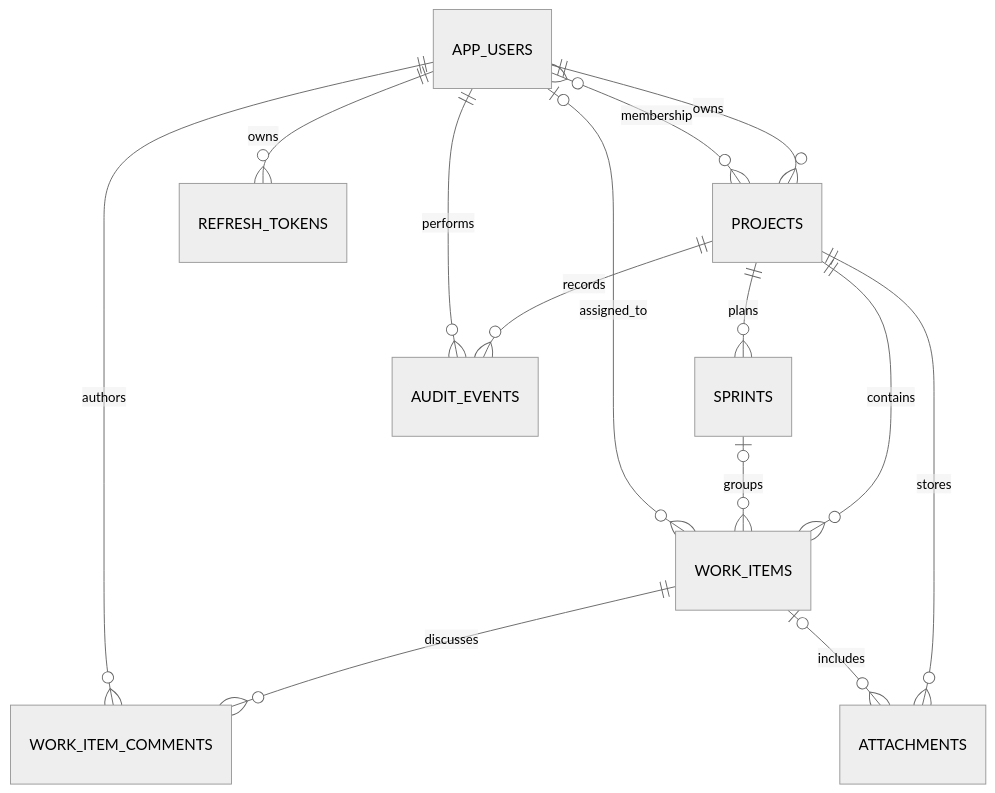
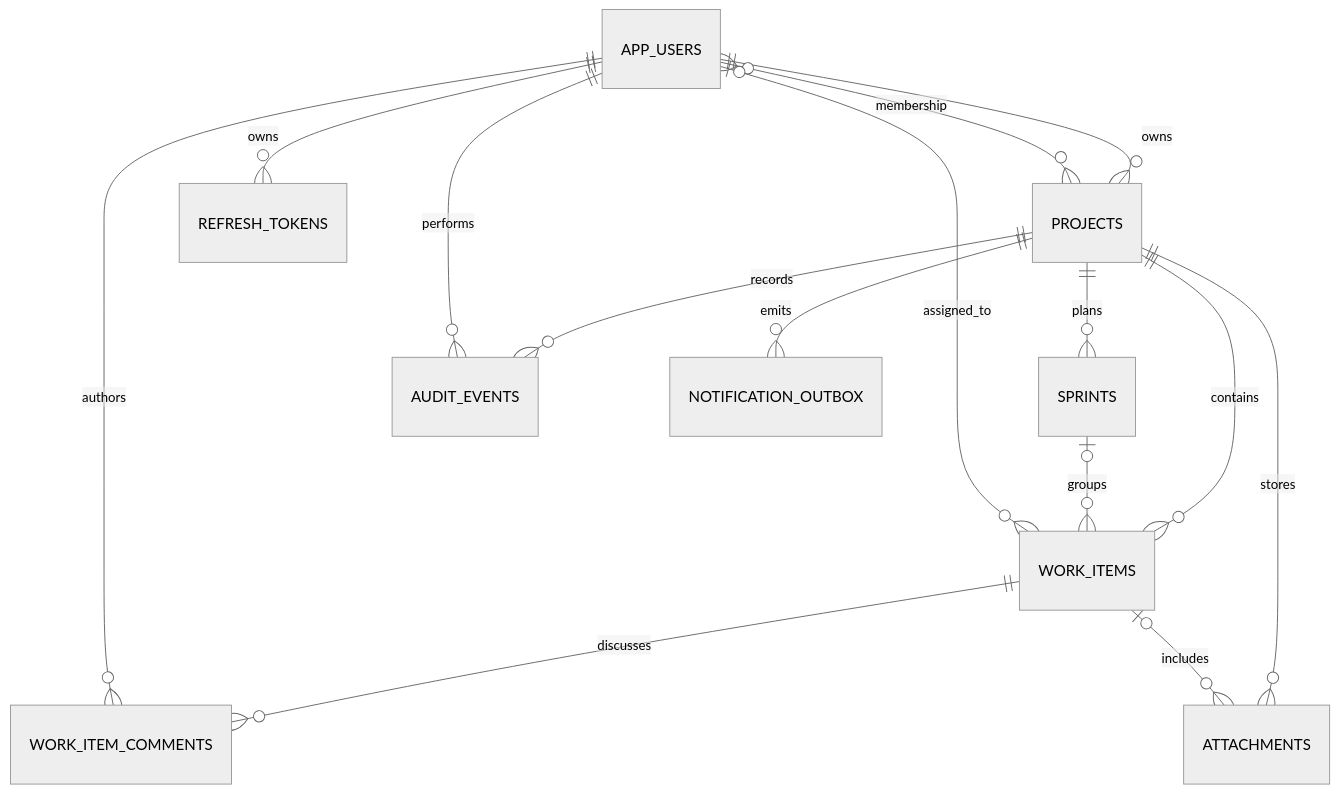
One commit to Goureesankarr/sprintforge changed the second of 2 diagrams in README.md. Above: the diagram before and after it, drawn with Mermaid (neutral theme). The commit also changed other lines of this file and 28 other files, not shown here.

````diff
--- a/README.md
+++ b/README.md
@@ -76,16 +79,17 @@
 ```mermaid
 erDiagram
     APP_USERS ||--o{ PROJECTS : owns
     APP_USERS }o--o{ PROJECTS : membership
     PROJECTS ||--o{ SPRINTS : plans
     PROJECTS ||--o{ WORK_ITEMS : contains
     SPRINTS o|--o{ WORK_ITEMS : groups
     APP_USERS o|--o{ WORK_ITEMS : assigned_to
     WORK_ITEMS ||--o{ WORK_ITEM_COMMENTS : discusses
     APP_USERS ||--o{ WORK_ITEM_COMMENTS : authors
     PROJECTS ||--o{ AUDIT_EVENTS : records
     APP_USERS ||--o{ AUDIT_EVENTS : performs
     APP_USERS ||--o{ REFRESH_TOKENS : owns
     PROJECTS ||--o{ ATTACHMENTS : stores
     WORK_ITEMS o|--o{ ATTACHMENTS : includes
+    PROJECTS ||--o{ NOTIFICATION_OUTBOX : emits
 ```
````
